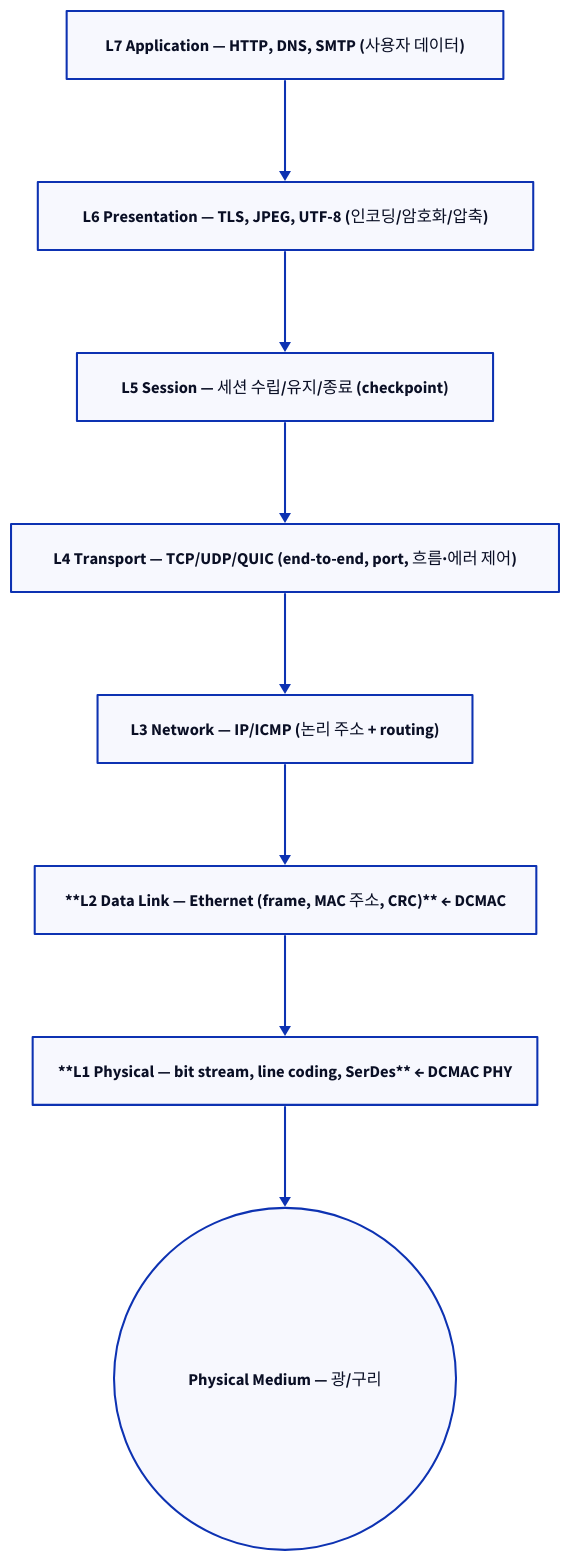
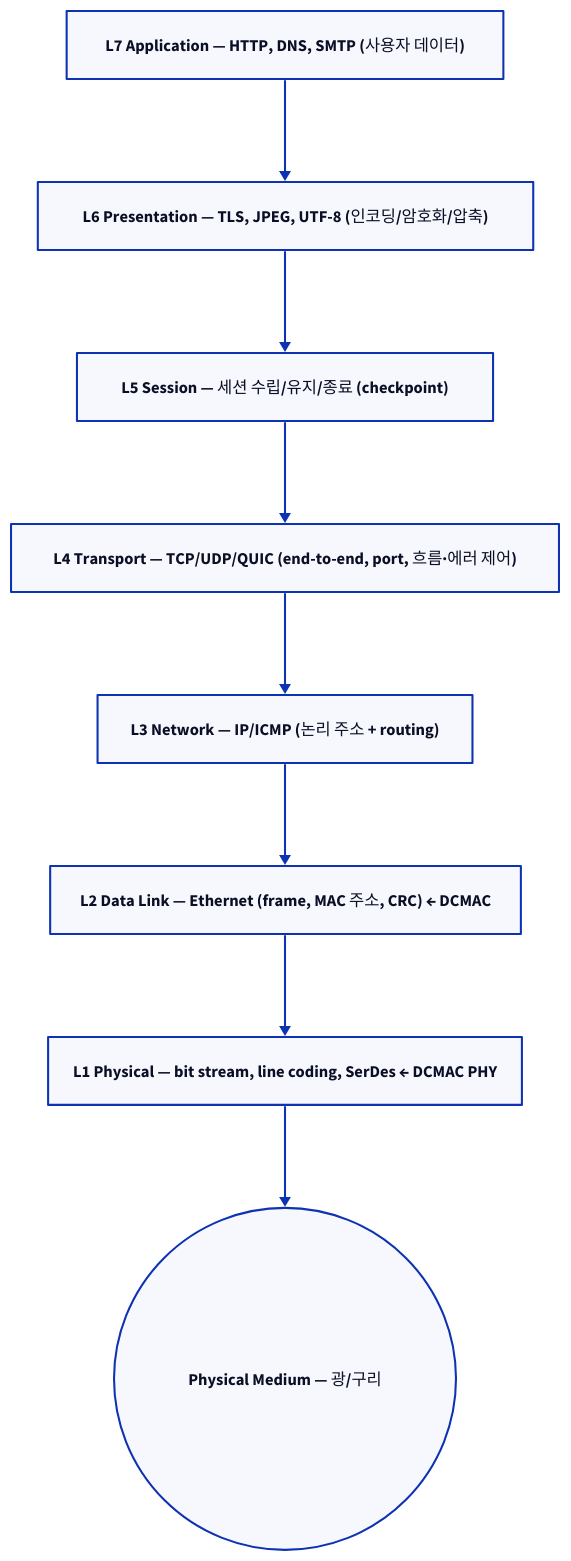
The second of 7 diagrams in starlight_site/src/content/docs/ethernet_dcmac/01_ethernet_fundamentals.md (humbleowl39/DV_SKOOL), drawn with D2 before and after one commit. The commit also changed other lines of this file and 714 other files, not shown here.

First line of the commit message:
fix(site): d2 다이어그램 가독성 결함 6종 일괄 수정

````diff
--- a/starlight_site/src/content/docs/ethernet_dcmac/01_ethernet_fundamentals.md
+++ b/starlight_site/src/content/docs/ethernet_dcmac/01_ethernet_fundamentals.md
@@ -76,13 +76,13 @@
 ```d2
 direction: down
 
 L7: "L7 Application — HTTP, DNS, SMTP (사용자 데이터)"
 L6: "L6 Presentation — TLS, JPEG, UTF-8 (인코딩/암호화/압축)"
 L5: "L5 Session — 세션 수립/유지/종료 (checkpoint)"
 L4: "L4 Transport — TCP/UDP/QUIC (end-to-end, port, 흐름·에러 제어)"
 L3: "L3 Network — IP/ICMP (논리 주소 + routing)"
-L2: "**L2 Data Link — Ethernet (frame, MAC 주소, CRC)**  ← DCMAC"
-L1: "**L1 Physical — bit stream, line coding, SerDes**  ← DCMAC PHY"
+L2: "L2 Data Link — Ethernet (frame, MAC 주소, CRC)  ← DCMAC"
+L1: "L1 Physical — bit stream, line coding, SerDes  ← DCMAC PHY"
 MED: "Physical Medium — 광/구리" { shape: circle }
 L7 -> L6 -> L5 -> L4 -> L3 -> L2 -> L1 -> MED
 ```
````
